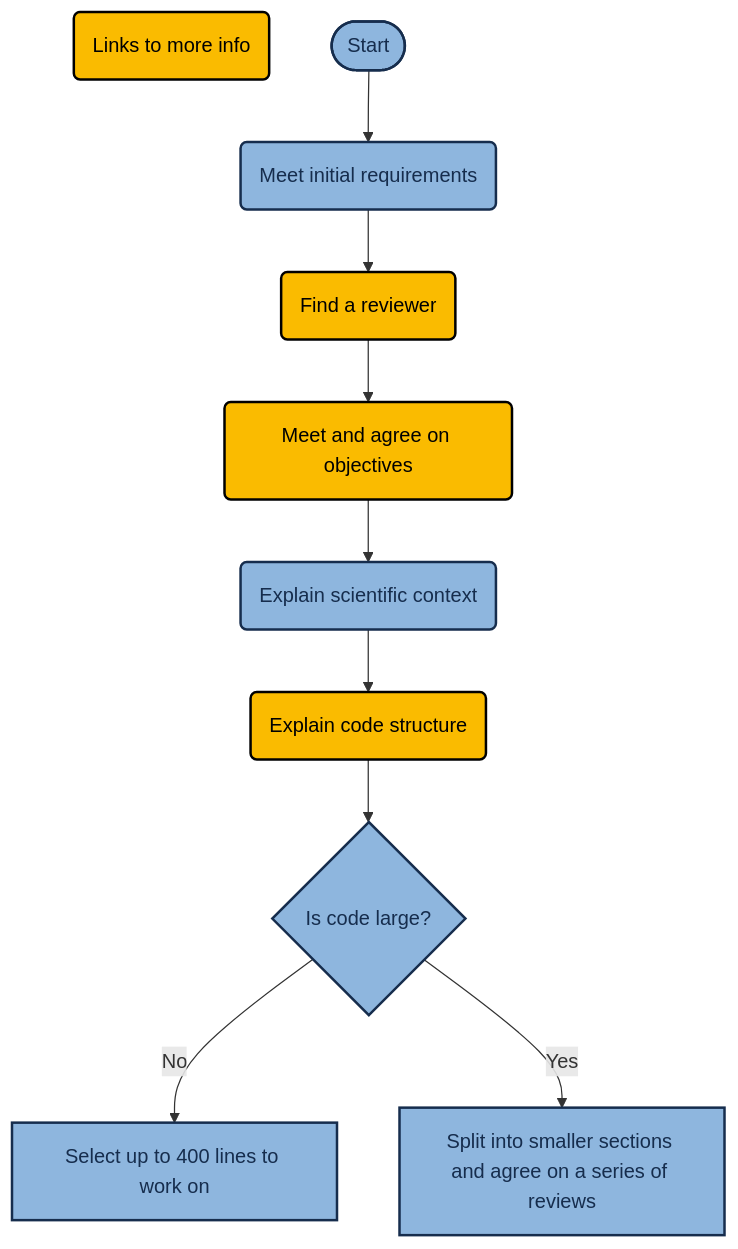
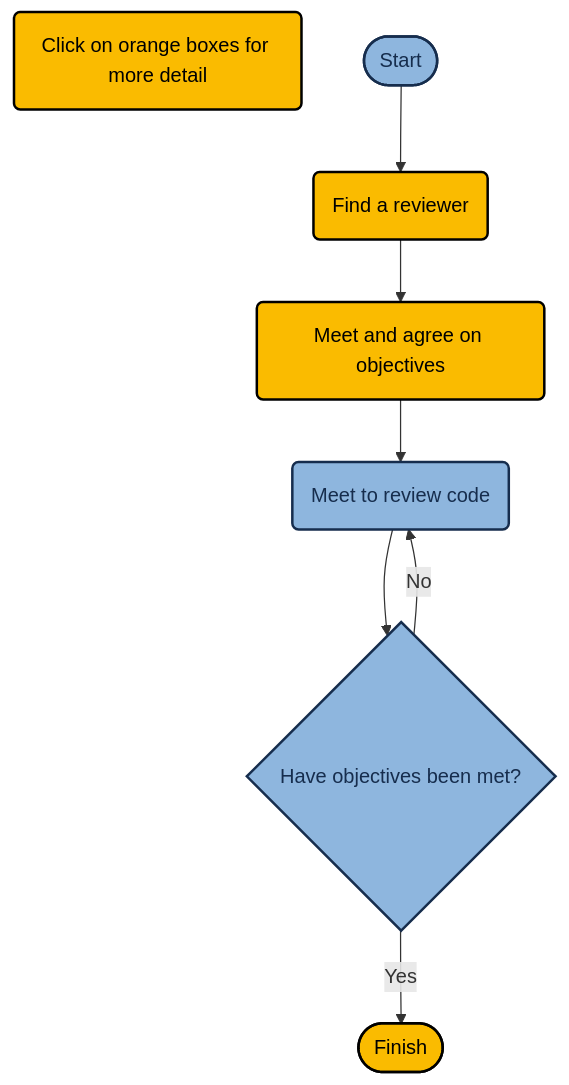
One commit to ResearchCodeReviewCommunity/dev-review changed the diagram in site/content/flowcharts/lonecoder.md. Above: the diagram before and after it, drawn with Mermaid.

Commit message:
simplify flowchart in lonecoder.md
as discussed in meeting #14
https://docs.google.com/document/d/1-CAyg4_ogBKlqCq91fmWWsaV15R8dDqysf1nLIQTnbM/edit#

- just want to show: find review, meet and agree on objectives,
  then loop on meet until objectives are met
- removed "You Are Here"
  + thinking that this page is high-level overview of the whole process

```diff
--- a/site/content/flowcharts/lonecoder.md
+++ b/site/content/flowcharts/lonecoder.md
@@ -7,24 +7,19 @@
 {{< mermaid >}}
 %% lonecoder mermaid
 graph TD;
-  Link(Links to more info)
-  A([Start]) --> B(Meet initial requirements)
-  %%YouAreHere(You are here)
-  B --> C(Find a reviewer)
-  C --> D(Meet and agree on objectives)
-  D --> E(Explain scientific context)
-  E --> F(Explain code structure)
-  F --> G{Is code large?}
-  G -- No --> H[Select up to 400 lines to work on]
-  G -- Yes --> I[Split into smaller sections and agree on a series of reviews]
+  Link(Click on orange boxes for more detail)
+  A([Start]) --> B(Find a reviewer)
+  B --> C(Meet and agree on objectives)
+  C --> D(Meet to review code)
+  D --> E{Have objectives been met?}
+  E -- No --> D
+  E -- Yes --> F([Finish])
 
-  click C "https://researchcodereviewcommunity.github.io/dev-review/recipes/find_a_reviewer/" "Find a reviewer"
-  click D "https://researchcodereviewcommunity.github.io/dev-review/recipes/meet_and_agree_on_objectives/" "Meet and agree on objectives"
+  click B "https://researchcodereviewcommunity.github.io/dev-review/recipes/find_a_reviewer/" "Find a reviewer"
+  click C "https://researchcodereviewcommunity.github.io/dev-review/recipes/meet_and_agree_on_objectives/" "Meet and agree on objectives"
   click F "https://researchcodereviewcommunity.github.io/dev-review/recipes/explain_code_structure/" "Explain code structure"
 
   classDef default fill:#8EB6DE,stroke:#162D4D,stroke-width:2px,color:#162D4D;
   classDef linkedBox fill:#FABB00,stroke:#000,stroke-width:2px,color:#000;
-  classDef youAreHereBox fill:#FA3800,stroke:#000,stroke-width:2px,color:#000;
-  class Link,C,D,F linkedBox
-  class YouAreHere youAreHereBox
+  class Link,B,C,F linkedBox
 {{< /mermaid >}}
```
